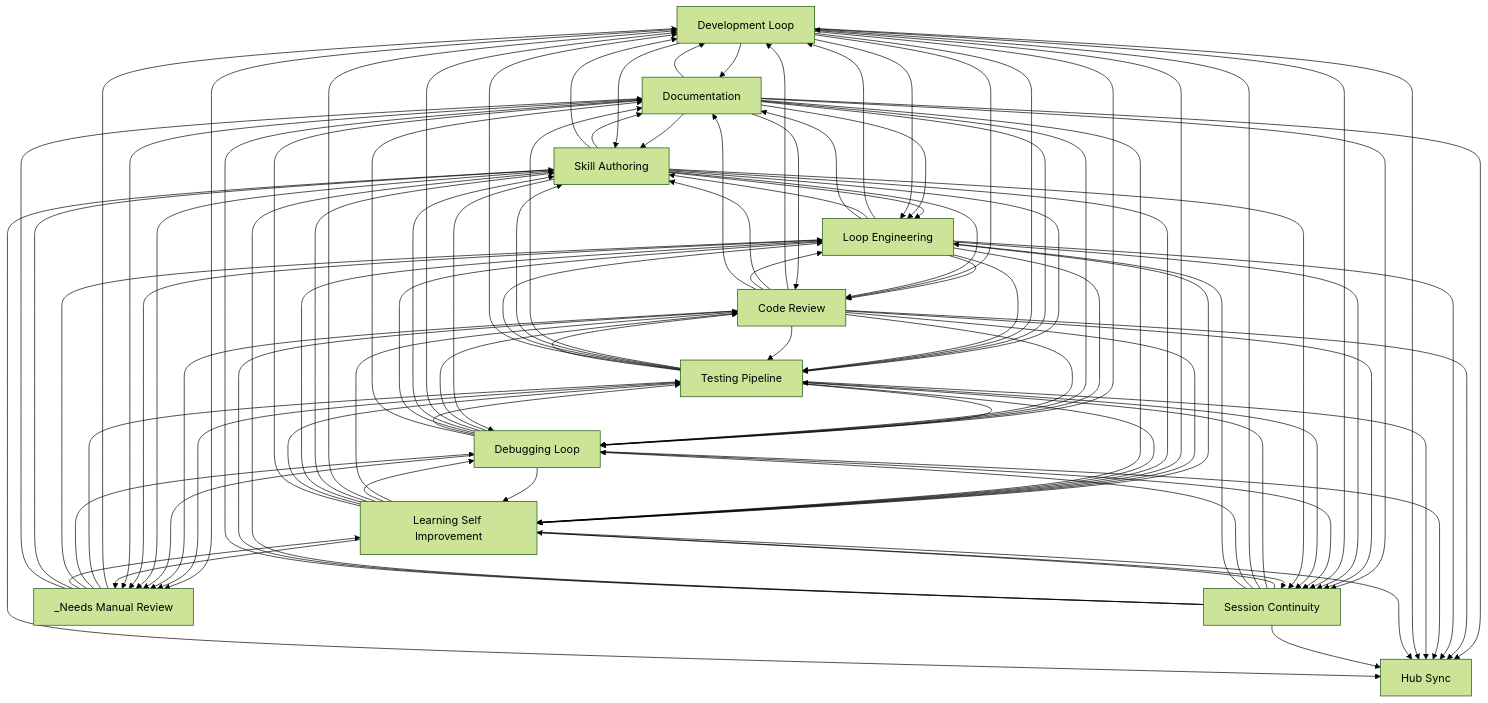
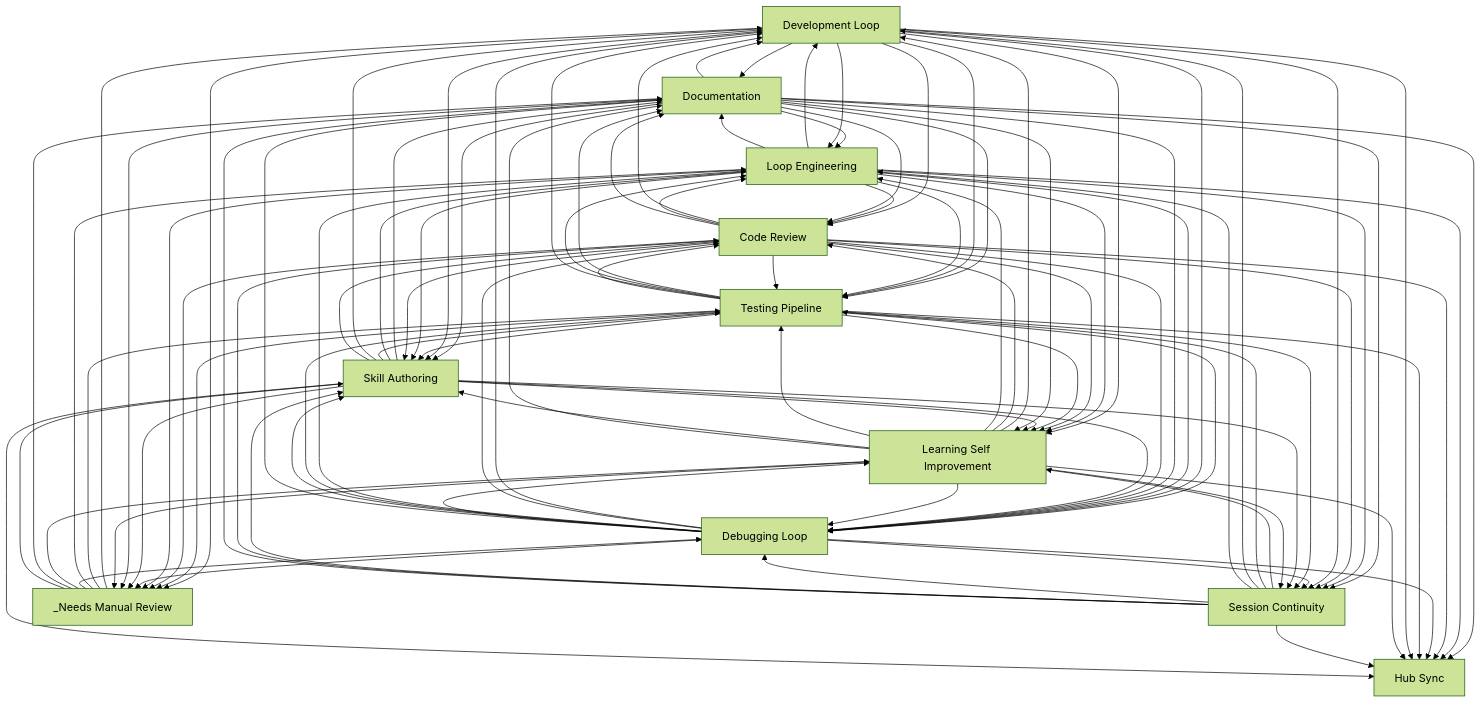
Before and after one commit to abhayla/claude-best-practices: the diagram in docs/workflows/INDEX.md, drawn with Mermaid (forest theme). The commit also changed other lines of this file and 29 other files, not shown here.

```diff
--- a/docs/workflows/INDEX.md
+++ b/docs/workflows/INDEX.md
@@ -33,92 +33,92 @@
     documentation[Documentation]
     hub_sync[Hub Sync]
     _needs_manual_review[_Needs Manual Review]
-    skill_authoring --> documentation
     development_loop --> documentation
     testing_pipeline --> documentation
+    skill_authoring --> documentation
+    documentation --> loop_engineering
+    documentation --> skill_authoring
+    documentation --> testing_pipeline
+    development_loop --> loop_engineering
+    development_loop --> skill_authoring
+    development_loop --> testing_pipeline
+    testing_pipeline --> loop_engineering
+    testing_pipeline --> skill_authoring
     skill_authoring --> loop_engineering
     skill_authoring --> testing_pipeline
-    documentation --> skill_authoring
-    documentation --> loop_engineering
-    documentation --> testing_pipeline
-    development_loop --> skill_authoring
-    development_loop --> loop_engineering
-    development_loop --> testing_pipeline
-    testing_pipeline --> skill_authoring
-    testing_pipeline --> loop_engineering
+    development_loop --> code_review
+    loop_engineering --> development_loop
     loop_engineering --> code_review
-    loop_engineering --> development_loop
+    loop_engineering --> testing_pipeline
     loop_engineering --> skill_authoring
-    loop_engineering --> testing_pipeline
     code_review --> development_loop
-    code_review --> skill_authoring
     code_review --> loop_engineering
     code_review --> testing_pipeline
-    development_loop --> code_review
+    code_review --> skill_authoring
+    development_loop --> learning_self_improvement
     loop_engineering --> learning_self_improvement
     code_review --> learning_self_improvement
-    development_loop --> learning_self_improvement
+    testing_pipeline --> development_loop
     _needs_manual_review --> development_loop
     _needs_manual_review --> testing_pipeline
-    testing_pipeline --> development_loop
+    testing_pipeline --> debugging_loop
+    _needs_manual_review --> loop_engineering
     _needs_manual_review --> debugging_loop
-    _needs_manual_review --> loop_engineering
-    testing_pipeline --> debugging_loop
     testing_pipeline --> code_review
+    debugging_loop --> development_loop
     debugging_loop --> code_review
-    debugging_loop --> development_loop
-    debugging_loop --> skill_authoring
     debugging_loop --> loop_engineering
     debugging_loop --> testing_pipeline
+    debugging_loop --> skill_authoring
     development_loop --> debugging_loop
     documentation --> development_loop
     loop_engineering --> debugging_loop
     loop_engineering --> documentation
+    skill_authoring --> development_loop
     skill_authoring --> code_review
-    skill_authoring --> development_loop
+    testing_pipeline --> learning_self_improvement
     skill_authoring --> learning_self_improvement
-    testing_pipeline --> learning_self_improvement
     development_loop --> _needs_manual_review
     testing_pipeline --> _needs_manual_review
     documentation --> code_review
     documentation --> debugging_loop
     code_review --> debugging_loop
-    documentation --> learning_self_improvement
     documentation --> session_continuity
     documentation --> hub_sync
-    code_review --> documentation
-    code_review --> session_continuity
-    code_review --> hub_sync
+    documentation --> learning_self_improvement
     loop_engineering --> session_continuity
     loop_engineering --> hub_sync
+    code_review --> session_continuity
+    code_review --> documentation
+    code_review --> hub_sync
     development_loop --> session_continuity
     session_continuity --> learning_self_improvement
     session_continuity --> testing_pipeline
     _needs_manual_review --> learning_self_improvement
+    debugging_loop --> session_continuity
     debugging_loop --> learning_self_improvement
-    debugging_loop --> session_continuity
     testing_pipeline --> session_continuity
     debugging_loop --> documentation
     debugging_loop --> hub_sync
     testing_pipeline --> hub_sync
     development_loop --> hub_sync
+    session_continuity --> development_loop
     skill_authoring --> session_continuity
-    session_continuity --> development_loop
+    session_continuity --> loop_engineering
+    session_continuity --> debugging_loop
     skill_authoring --> debugging_loop
-    session_continuity --> debugging_loop
-    session_continuity --> loop_engineering
+    learning_self_improvement --> development_loop
     learning_self_improvement --> code_review
-    learning_self_improvement --> debugging_loop
-    learning_self_improvement --> development_loop
-    learning_self_improvement --> skill_authoring
     learning_self_improvement --> loop_engineering
     learning_self_improvement --> testing_pipeline
+    learning_self_improvement --> debugging_loop
+    learning_self_improvement --> skill_authoring
     code_review --> _needs_manual_review
+    loop_engineering --> _needs_manual_review
     debugging_loop --> _needs_manual_review
     skill_authoring --> _needs_manual_review
-    loop_engineering --> _needs_manual_review
+    _needs_manual_review --> documentation
     _needs_manual_review --> skill_authoring
-    _needs_manual_review --> documentation
     learning_self_improvement --> session_continuity
     documentation --> _needs_manual_review
     session_continuity --> skill_authoring
```
